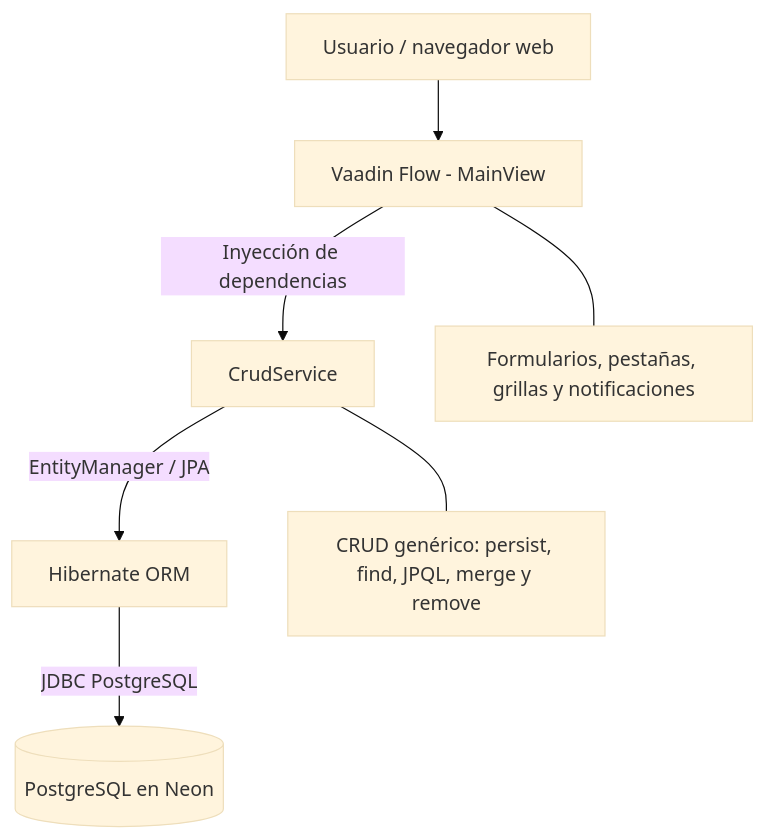
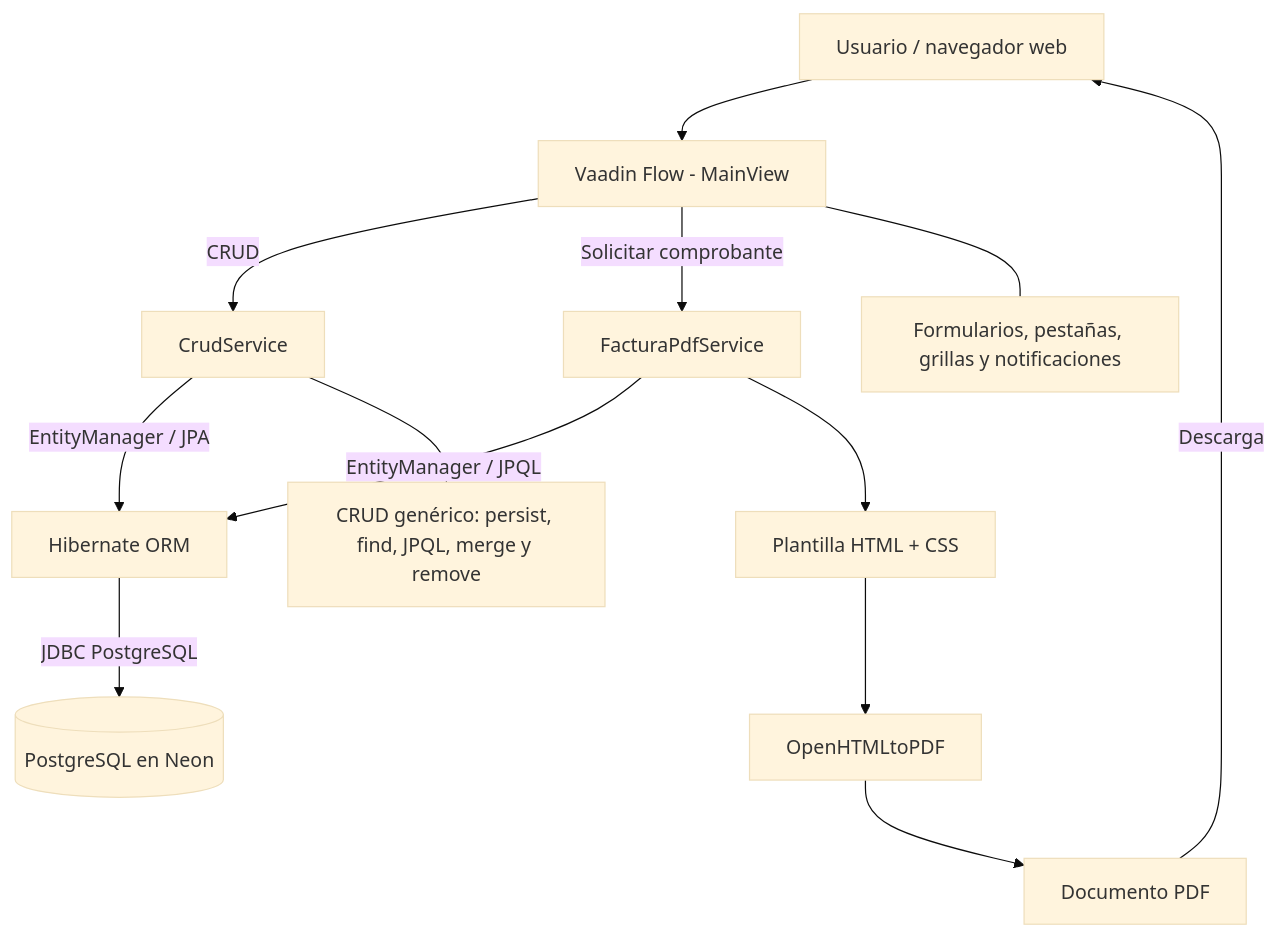
Before and after one commit to julianz-dev/proyecto-integrador-b1-final-2026-2-g4: the diagram in README.md, drawn with Mermaid (base theme). The commit also changed other lines of this file, not shown here.

Commit message:
feat(pdf): add downloadable sales receipt generation

````diff
--- a/README.md
+++ b/README.md
@@ -67,9 +84,15 @@
 ```mermaid
 flowchart TD
     A[Usuario / navegador web] --> B[Vaadin Flow - MainView]
-    B -->|Inyección de dependencias| C[CrudService]
+    B -->|CRUD| C[CrudService]
     C -->|EntityManager / JPA| D[Hibernate ORM]
     D -->|JDBC PostgreSQL| E[(PostgreSQL en Neon)]
-    B --- F[Formularios, pestañas, grillas y notificaciones]
-    C --- G[CRUD genérico: persist, find, JPQL, merge y remove]
+    B -->|Solicitar comprobante| F[FacturaPdfService]
+    F -->|EntityManager / JPQL| D
+    F --> G[Plantilla HTML + CSS]
+    G --> H[OpenHTMLtoPDF]
+    H --> I[Documento PDF]
+    I -->|Descarga| A
+    B --- J[Formularios, pestañas, grillas y notificaciones]
+    C --- K[CRUD genérico: persist, find, JPQL, merge y remove]
 ```
````
